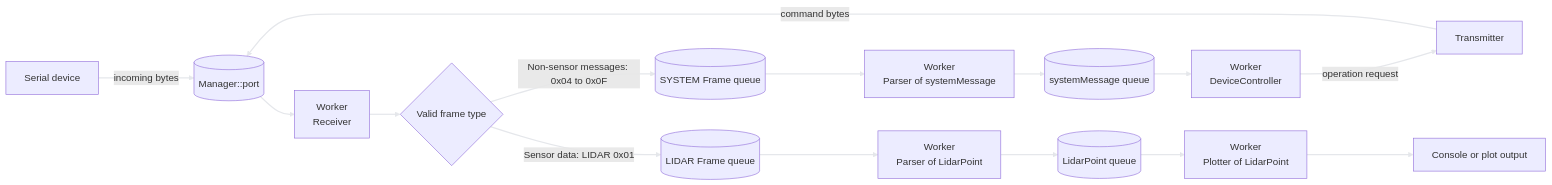
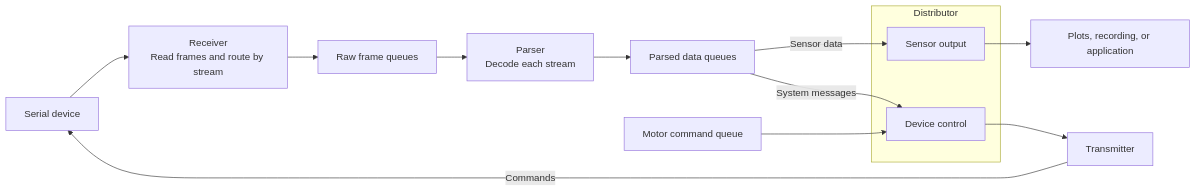
Before and after one commit to kei185/sensor-flow: the first of 6 diagrams in docs/architecture.md, drawn with Mermaid. The commit also changed other lines of this file and 3 other files, not shown here.

````diff
--- a/docs/architecture.md
+++ b/docs/architecture.md
@@ -102,29 +9,17 @@
 ```mermaid
 flowchart LR
-    source[Serial device]
-    io[(Manager::port)]
-    receiver[Worker<br/>Receiver]
-    frameType{Valid frame type}
-    systemFrames[(SYSTEM Frame queue)]
-    lidarFrames[(LIDAR Frame queue)]
-    systemParser[Worker<br/>Parser of systemMessage]
-    lidarParser[Worker<br/>Parser of LidarPoint]
-    systemData[(systemMessage queue)]
-    lidarData[(LidarPoint queue)]
-    controller[Worker<br/>DeviceController]
-    plotter[Worker<br/>Plotter of LidarPoint]
-    transmitter[Transmitter]
-    output[Console or plot output]
-
-    source -->|incoming bytes| io
-    io --> receiver
-    receiver --> frameType
-    frameType -->|Non-sensor messages: 0x04 to 0x0F| systemFrames
-    frameType -->|Sensor data: LIDAR 0x01| lidarFrames
-    systemFrames --> systemParser --> systemData --> controller
-    lidarFrames --> lidarParser --> lidarData --> plotter --> output
-    controller -->|operation request| transmitter
-    transmitter -->|command bytes| io
-
-    linkStyle default stroke:#E5E7EB,stroke-width:2px;
+    device["Serial device"] --> receiver["Receiver<br/>Read frames and route by stream"]
+    receiver --> raw["Raw frame queues"]
+    raw --> parser["Parser<br/>Decode each stream"]
+    parser --> parsed["Parsed data queues"]
+    subgraph distributors["Distributor"]
+        sensor["Sensor output"]
+        controller["Device control"]
+    end
+    parsed -->|Sensor data| sensor
+    parsed -->|System messages| controller
+    sensor --> output["Plots, recording, or application"]
+    directives["Motor command queue"] --> controller
+    controller --> transmitter["Transmitter"]
+    transmitter -->|Commands| device
 ```
````
